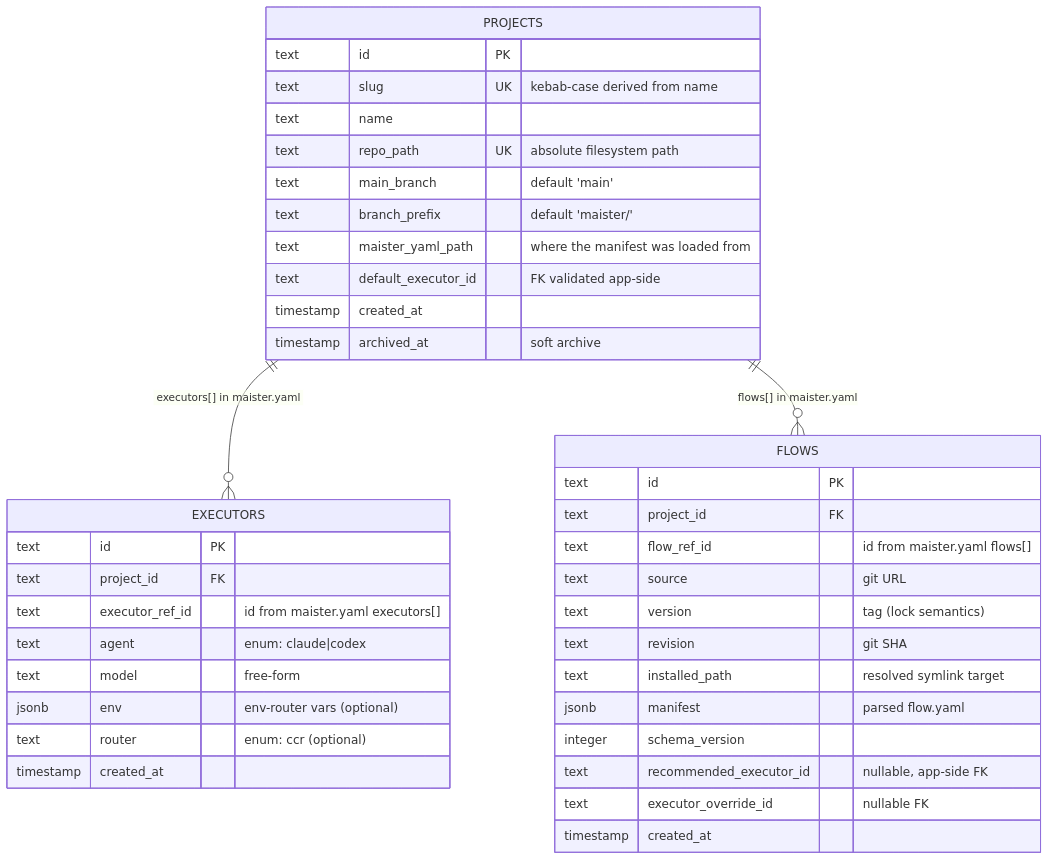
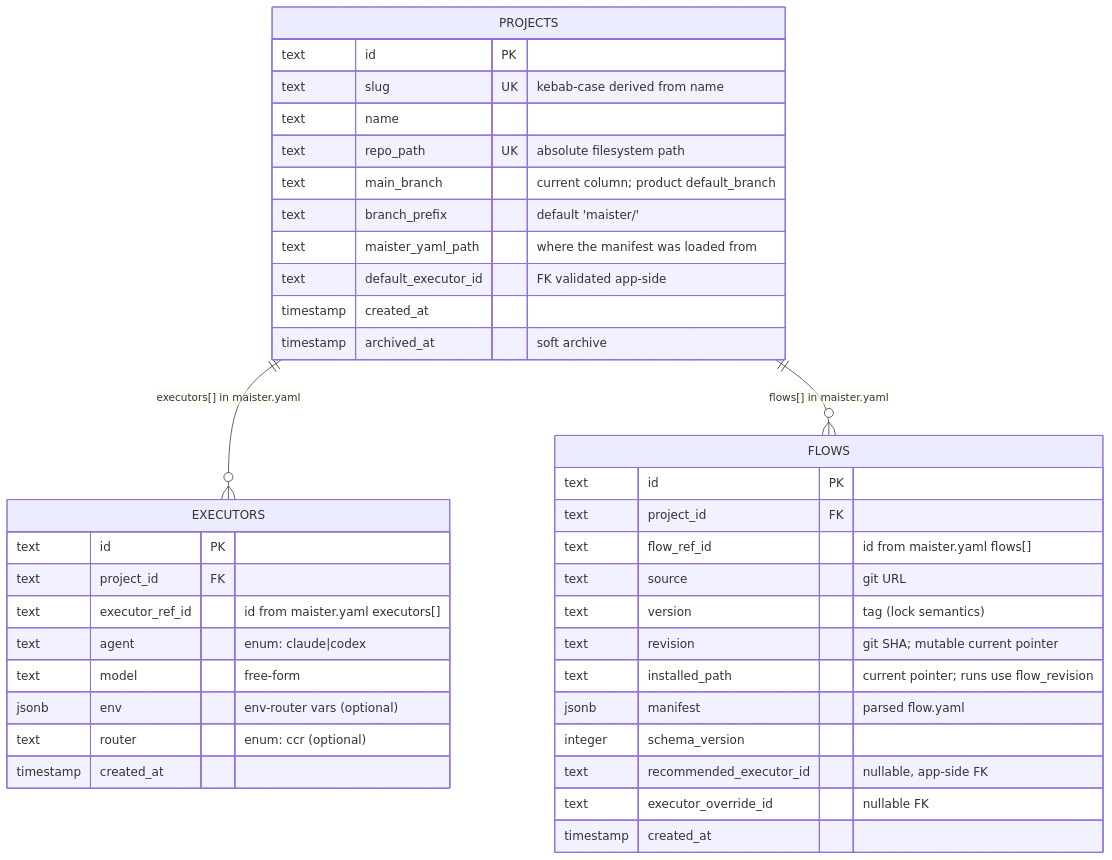
Before and after one commit to maister-dev/maister: the diagram in docs/db/projects-domain.md, drawn with Mermaid. The commit also changed other lines of this file and 24 other files, not shown here.

Commit message:
docs: align roadmap with flow readiness

````diff
--- a/docs/db/projects-domain.md
+++ b/docs/db/projects-domain.md
@@ -9,44 +9,44 @@
 ```mermaid
 erDiagram
     PROJECTS ||--o{ EXECUTORS : "executors[] in maister.yaml"
     PROJECTS ||--o{ FLOWS : "flows[] in maister.yaml"
 
     PROJECTS {
         text id PK
         text slug UK "kebab-case derived from name"
         text name
         text repo_path UK "absolute filesystem path"
-        text main_branch "default 'main'"
+        text main_branch "current column; product default_branch"
         text branch_prefix "default 'maister/'"
         text maister_yaml_path "where the manifest was loaded from"
         text default_executor_id "FK validated app-side"
         timestamp created_at
         timestamp archived_at "soft archive"
     }
 
     EXECUTORS {
         text id PK
         text project_id FK
         text executor_ref_id "id from maister.yaml executors[]"
         text agent "enum: claude|codex"
         text model "free-form"
         jsonb env "env-router vars (optional)"
         text router "enum: ccr (optional)"
         timestamp created_at
     }
 
     FLOWS {
         text id PK
         text project_id FK
         text flow_ref_id "id from maister.yaml flows[]"
         text source "git URL"
         text version "tag (lock semantics)"
-        text revision "git SHA"
-        text installed_path "resolved symlink target"
+        text revision "git SHA; mutable current pointer"
+        text installed_path "current pointer; runs use flow_revision"
         jsonb manifest "parsed flow.yaml"
         integer schema_version
         text recommended_executor_id "nullable, app-side FK"
         text executor_override_id "nullable FK"
         timestamp created_at
     }
 ```
````
